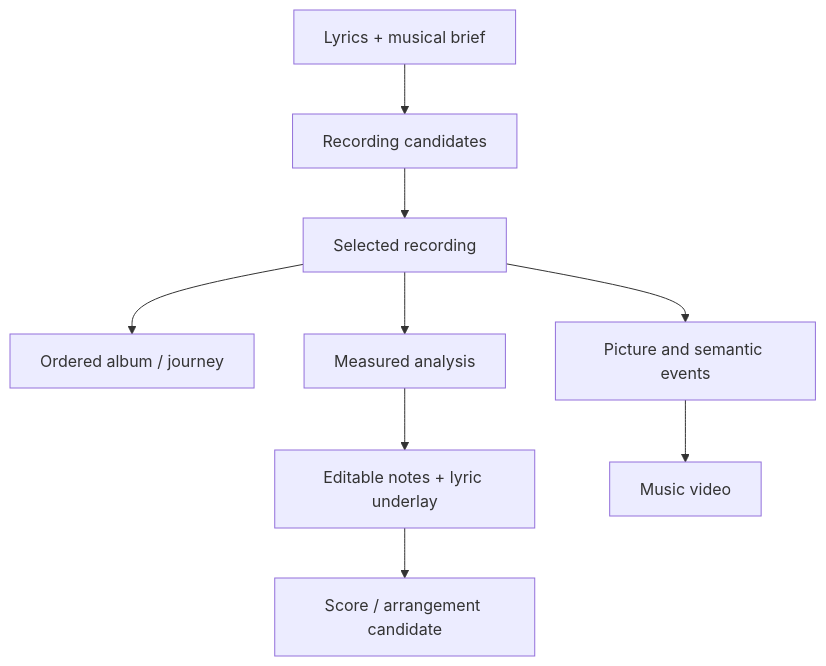
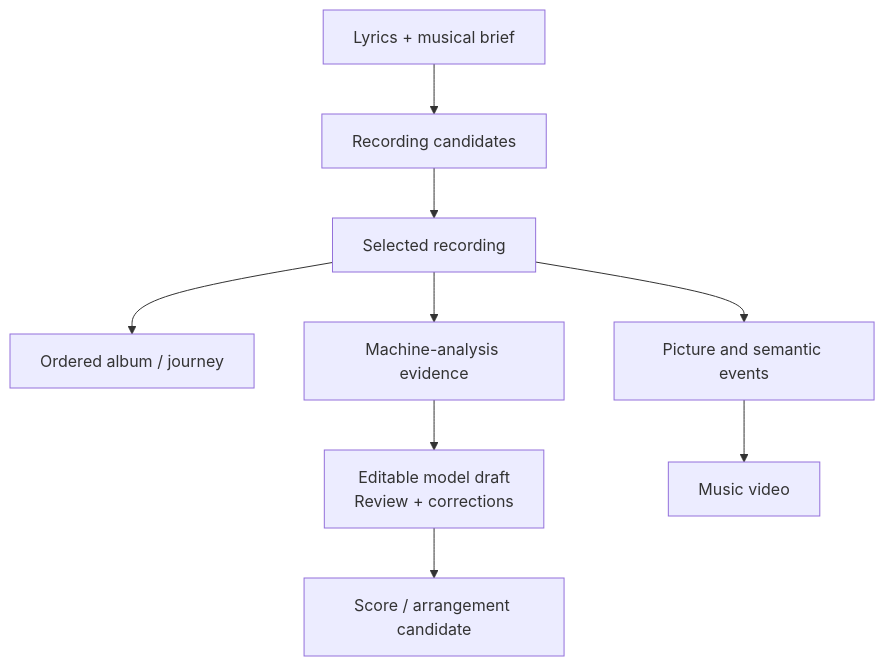
The diagram in docs/guides/music-and-albums.md (giodl73-repo/REEL), drawn with Mermaid before and after one commit. The commit also changed other lines of this file and 10 other files, not shown here.

````diff
--- a/docs/guides/music-and-albums.md
+++ b/docs/guides/music-and-albums.md
@@ -10,11 +10,13 @@
 ```mermaid
 flowchart TD
+    accTitle: Recording selection, analysis evidence and musical model drafts
+    accDescr: Lyrics and a musical brief produce recording candidates. A selected recording can enter an album or video. Machine analysis supports an editable model draft requiring review and corrections before score or arrangement candidates.
     lyrics["Lyrics + musical brief"] --> candidates["Recording candidates"]
     candidates --> recording["Selected recording"]
     recording --> album["Ordered album / journey"]
-    recording --> analysis["Measured analysis"]
-    analysis --> model["Editable notes + lyric underlay"]
+    recording --> analysis["Machine-analysis evidence"]
+    analysis --> model["Editable model draft<br/>Review + corrections"]
     model --> score["Score / arrangement candidate"]
     recording --> film["Picture and semantic events"]
     film --> video["Music video"]
 ```
````
